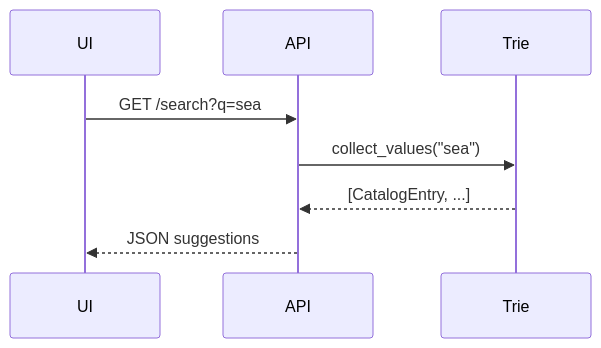
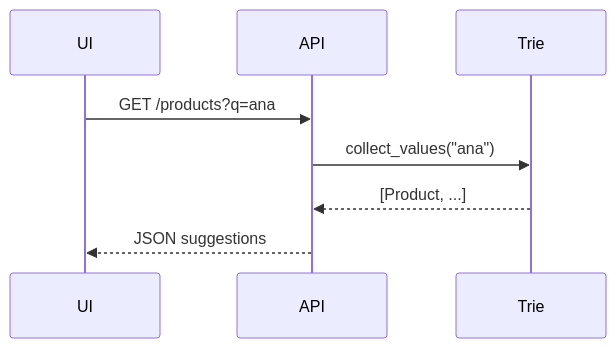
The eighth of 8 diagrams in docs/dsa/data-structures/tries/index.md (qgjones9/python-programming-guide), drawn with Mermaid before and after one commit. The commit also changed other lines of this file and 19 other files, not shown here.

````diff
--- a/docs/dsa/data-structures/tries/index.md
+++ b/docs/dsa/data-structures/tries/index.md
@@ -744,10 +779,10 @@
 ```mermaid
 sequenceDiagram
   participant UI
   participant API
   participant Trie
-  UI->>API: GET /search?q=sea
-  API->>Trie: collect_values("sea")
-  Trie-->>API: [CatalogEntry, ...]
+  UI->>API: GET /products?q=ana
+  API->>Trie: collect_values("ana")
+  Trie-->>API: [Product, ...]
   API-->>UI: JSON suggestions
 ```
````
